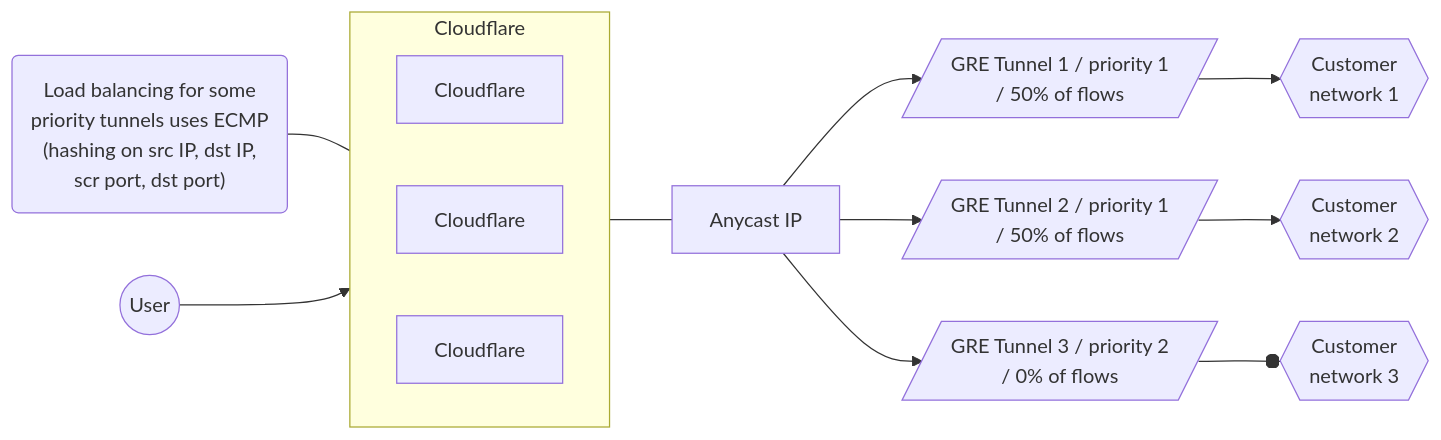
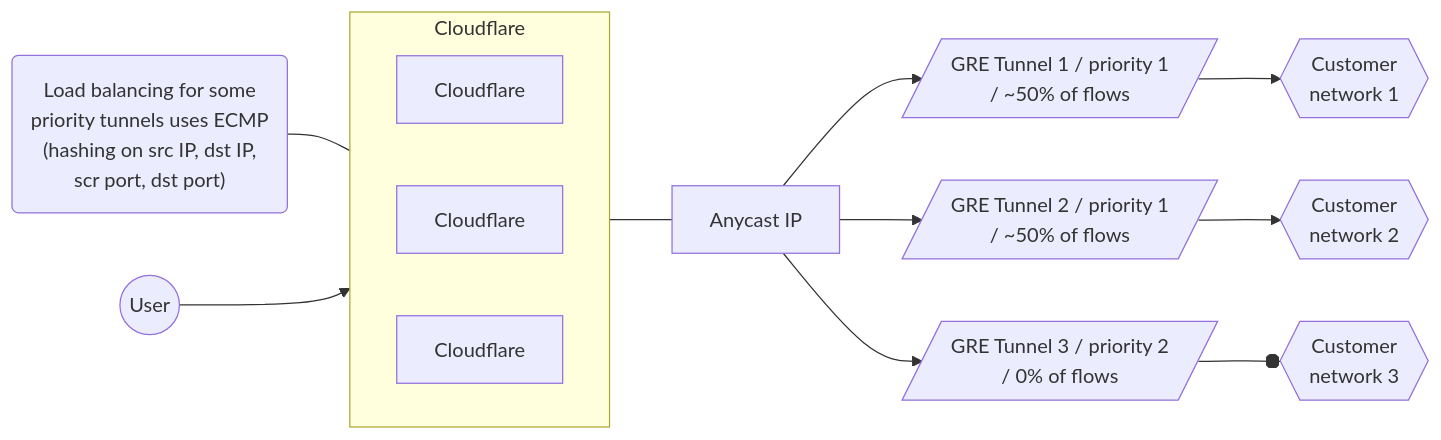
The second of 4 diagrams in content/magic-wan/reference/traffic-steering.md (cloudflare/cloudflare-docs), drawn with Mermaid before and after one commit. The commit also changed other lines of this file, not shown here.

Commit message:
corrected text

````diff
--- a/content/magic-wan/reference/traffic-steering.md
+++ b/content/magic-wan/reference/traffic-steering.md
@@ -65,18 +65,18 @@
 ```mermaid
 flowchart LR
 accTitle: Tunnels diagram
 accDescr: This example has three tunnel routes, with traffic equally distributed across two paths.
 
 subgraph Cloudflare
 direction LR
 B[Cloudflare]
 C[Cloudflare]
 D[Cloudflare]
 end
 
 Z("Load balancing for some <br> priority tunnels uses ECMP <br> (hashing on src IP, dst IP, <br> scr port, dst port)") --- Cloudflare
 A((User)) --> Cloudflare --- E[Anycast IP]
-E[Anycast IP] --> F[/GRE Tunnel 1 / priority 1 <br> / 50% of flows/] --> I{{Customer <br> network 1}}
-E[Anycast IP] --> G[/GRE Tunnel 2 / priority 1 <br> / 50% of flows/] --> J{{Customer <br> network 2}}
+E[Anycast IP] --> F[/"GRE Tunnel 1 / priority 1 <br> / ~50% of flows"/] --> I{{Customer <br> network 1}}
+E[Anycast IP] --> G[/"GRE Tunnel 2 / priority 1 <br> / ~50% of flows"/] --> J{{Customer <br> network 2}}
 E[Anycast IP] --> H[/GRE Tunnel 3 / priority 2 <br> / 0% of flows/] --o K{{Customer <br> network 3}}
 ```
````
